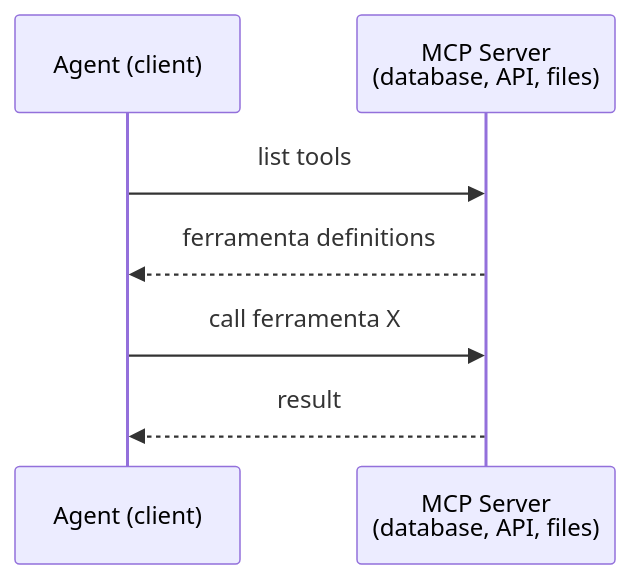
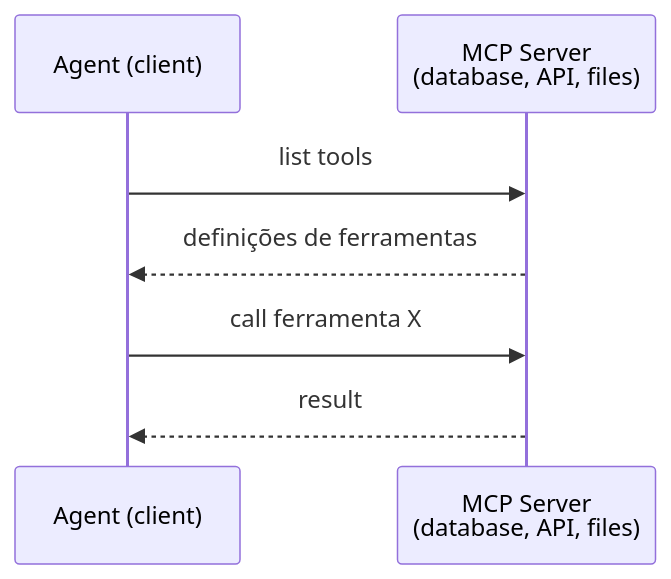
Before and after one commit to K3lvin-dev/ai-engineering-from-scratch: the second of 9 diagrams in phases/16-multi-agent-and-swarms/03-communication-protocols/docs/pt-br.md, drawn with Mermaid. The commit also changed other lines of this file and 23 other files, not shown here.

````diff
--- a/phases/16-multi-agent-and-swarms/03-communication-protocols/docs/pt-br.md
+++ b/phases/16-multi-agent-and-swarms/03-communication-protocols/docs/pt-br.md
@@ -64,10 +64,10 @@
 ```mermaid
 sequenceDiagram
     participant Agent as Agent (client)
     participant MCP1 as MCP Server<br/>(database, API, files)
 
     Agent->>MCP1: list tools
-    MCP1-->>Agent: ferramenta definitions
+    MCP1-->>Agent: definições de ferramentas
     Agent->>MCP1: call ferramenta X
     MCP1-->>Agent: result
 ```
````
